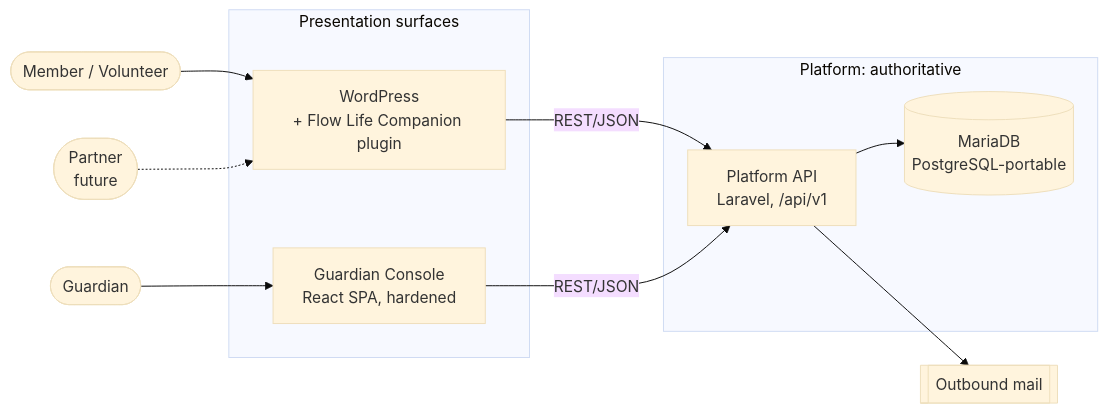
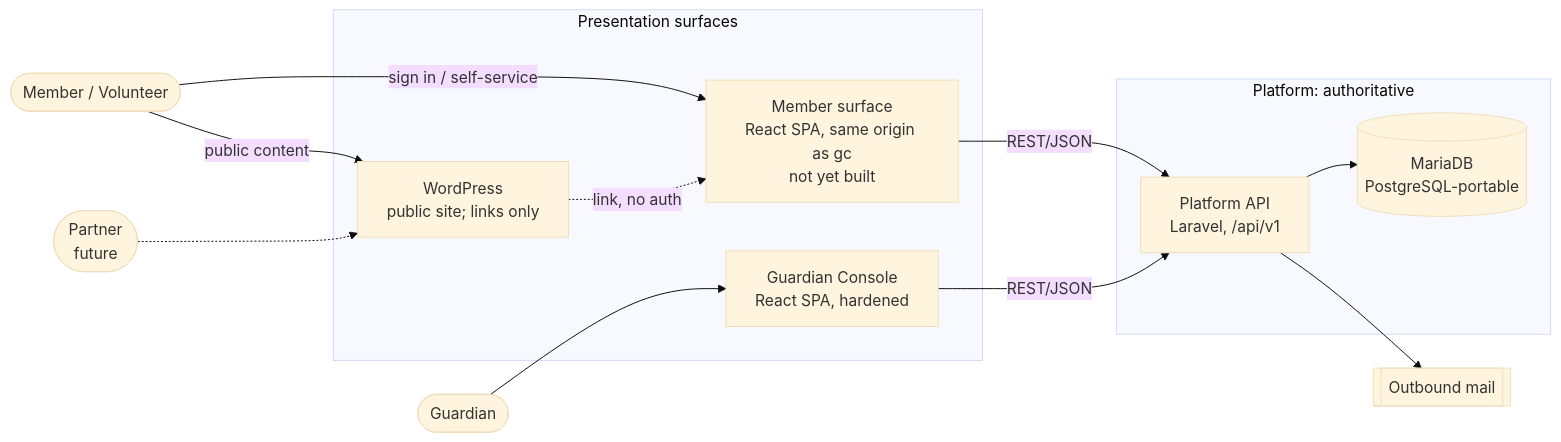
One commit to Imergent-Technology/flow-life-commons changed the diagram in docs/architecture/system-context.md. Above: the diagram before and after it, drawn with Mermaid (base theme). The commit also changed other lines of this file and 16 other files, not shown here.

First line of the commit message:
docs(architecture): define member-facing access boundary

````diff
--- a/docs/architecture/system-context.md
+++ b/docs/architecture/system-context.md
@@ -5,26 +5,29 @@
 ```mermaid
 flowchart LR
     member([Member / Volunteer])
     guardian([Guardian])
     partner([Partner<br/>future])
 
     subgraph surfaces [Presentation surfaces]
-        wp[WordPress<br/>+ Flow Life Companion plugin]
+        wp[WordPress<br/>public site; links only]
         gc[Guardian Console<br/>React SPA, hardened]
+        ms[Member surface<br/>React SPA, same origin as gc<br/>not yet built]
     end
 
     subgraph core [Platform: authoritative]
         api[Platform API<br/>Laravel, /api/v1]
         db[(MariaDB<br/>PostgreSQL-portable)]
     end
 
     mail[[Outbound mail]]
 
-    member --> wp
+    member -- public content --> wp
+    member -- sign in / self-service --> ms
+    wp -. link, no auth .-> ms
     guardian --> gc
     partner -.-> wp
-    wp -- REST/JSON --> api
+    ms -- REST/JSON --> api
     gc -- REST/JSON --> api
     api --> db
     api --> mail
 ```
````
